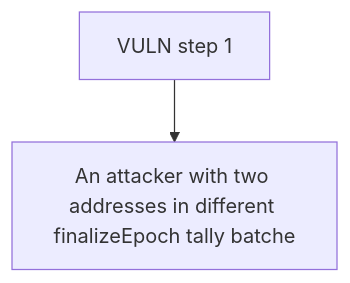
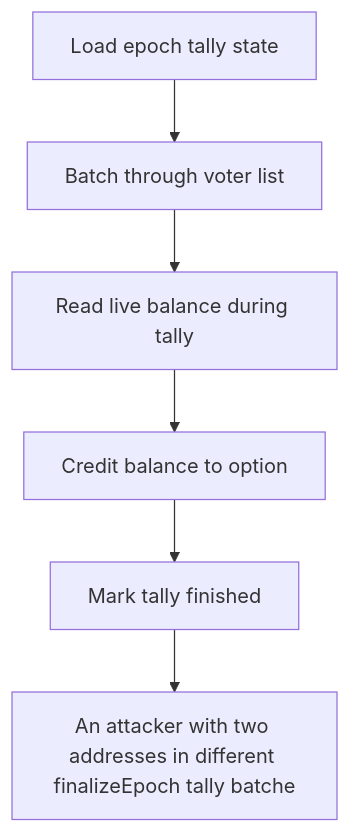
Before and after one commit to sanbir/evm-hack-registry: the diagram in 62809-h-2-users-voting-weight-can-be-double-counted-when-finalize_exp/62809-h-2-users-voting-weight-can-be-double-counted-when-finalize_exp.md, drawn with Mermaid. The commit also changed other lines of this file and 79 other files, not shown here.

````diff
--- a/62809-h-2-users-voting-weight-can-be-double-counted-when-finalize_exp/62809-h-2-users-voting-weight-can-be-double-counted-when-finalize_exp.md
+++ b/62809-h-2-users-voting-weight-can-be-double-counted-when-finalize_exp/62809-h-2-users-voting-weight-can-be-double-counted-when-finalize_exp.md
@@ -28,6 +28,14 @@
 ```mermaid
 flowchart TD
-  S0["VULN step 1"]
+  S0["Load epoch tally state"]
+  S1["Batch through voter list"]
+  S2["Read live balance during tally"]
+  S3["Credit balance to option"]
+  S4["Mark tally finished"]
   H["An attacker with two addresses in different finalizeEpoch tally batche"]
-  S0 --> H
+  S0 --> S1
+  S1 --> S2
+  S2 --> S3
+  S3 --> S4
+  S4 --> H
 ```
````
